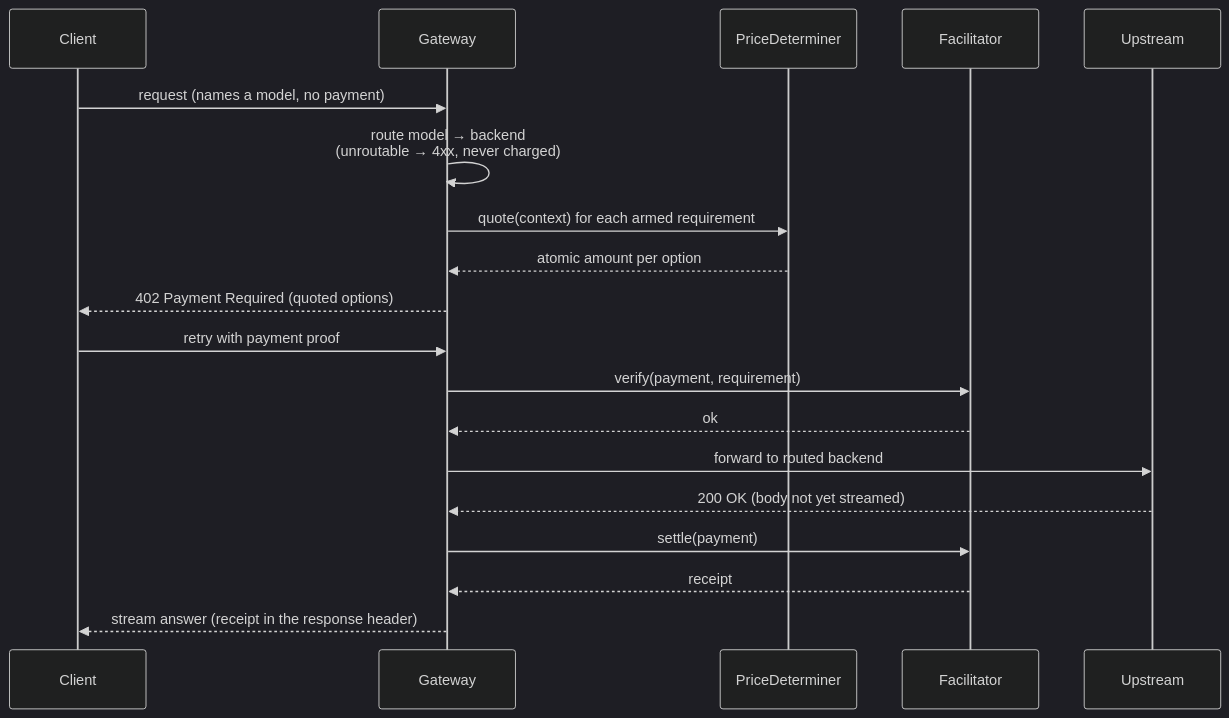
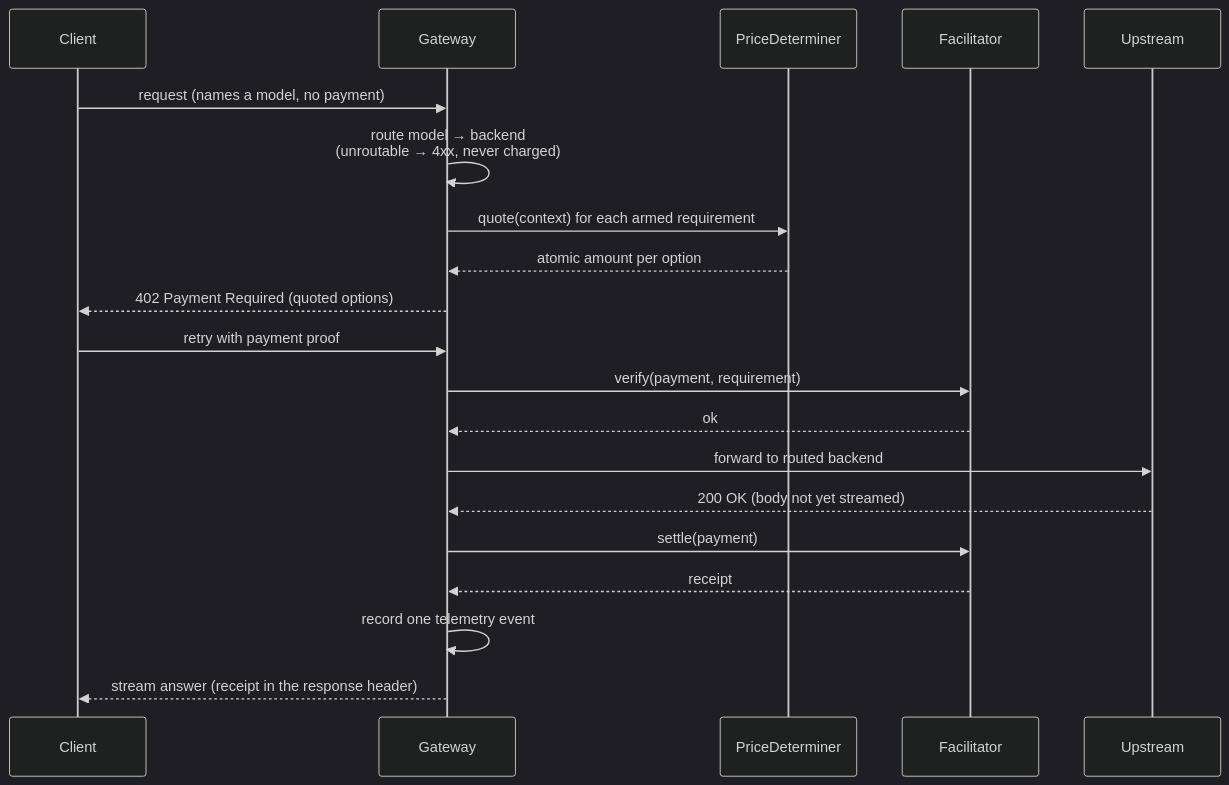
The fourth of 5 diagrams in docs/architecture.md (geekinasuit/obolus), drawn with Mermaid (dark theme) before and after one commit. The commit also changed other lines of this file and 5 other files, not shown here.

First line of the commit message:
Telemetry seam: one event per request with derived cost and revenue (#58) (#69)

````diff
--- a/docs/architecture.md
+++ b/docs/architecture.md
@@ -203,22 +215,23 @@
 ```mermaid
 sequenceDiagram
   participant C as Client
   participant G as Gateway
   participant P as PriceDeterminer
   participant F as Facilitator
   participant U as Upstream
 
   C->>G: request (names a model, no payment)
   G->>G: route model → backend<br/>(unroutable → 4xx, never charged)
   G->>P: quote(context) for each armed requirement
   P-->>G: atomic amount per option
   G-->>C: 402 Payment Required (quoted options)
   C->>G: retry with payment proof
   G->>F: verify(payment, requirement)
   F-->>G: ok
   G->>U: forward to routed backend
   U-->>G: 200 OK (body not yet streamed)
   G->>F: settle(payment)
   F-->>G: receipt
+  G->>G: record one telemetry event
   G-->>C: stream answer (receipt in the response header)
 ```
````
